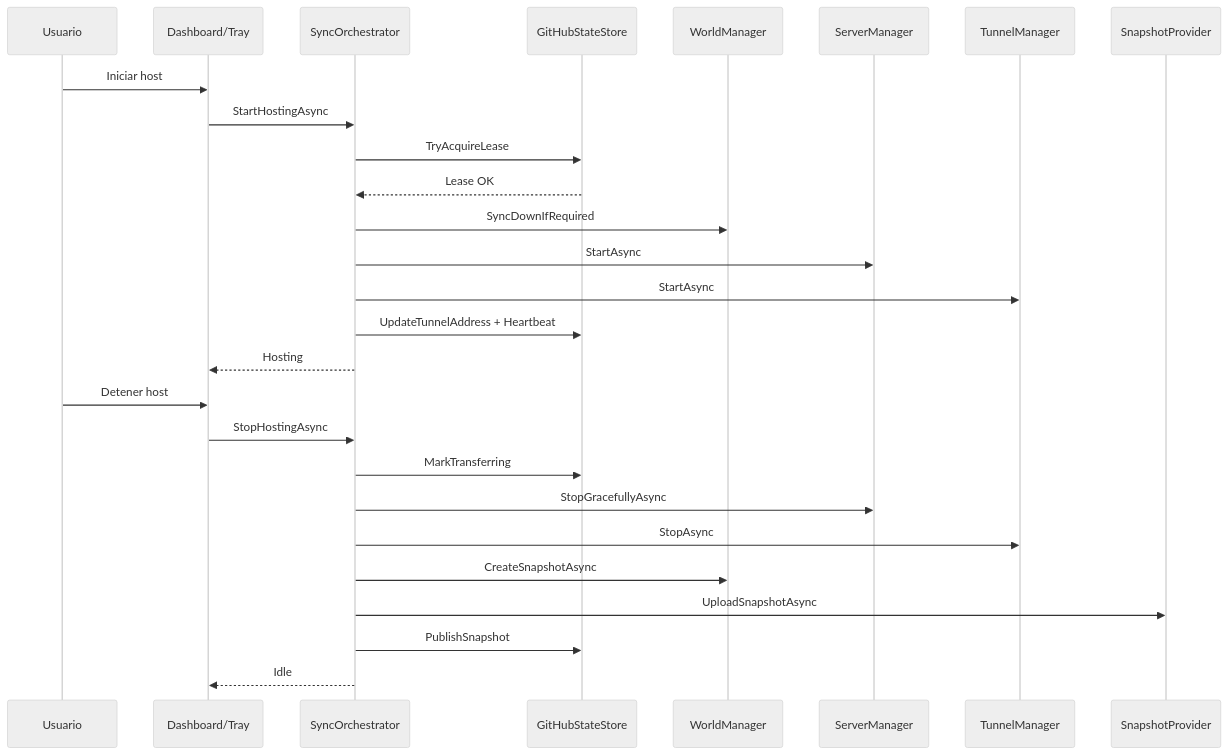
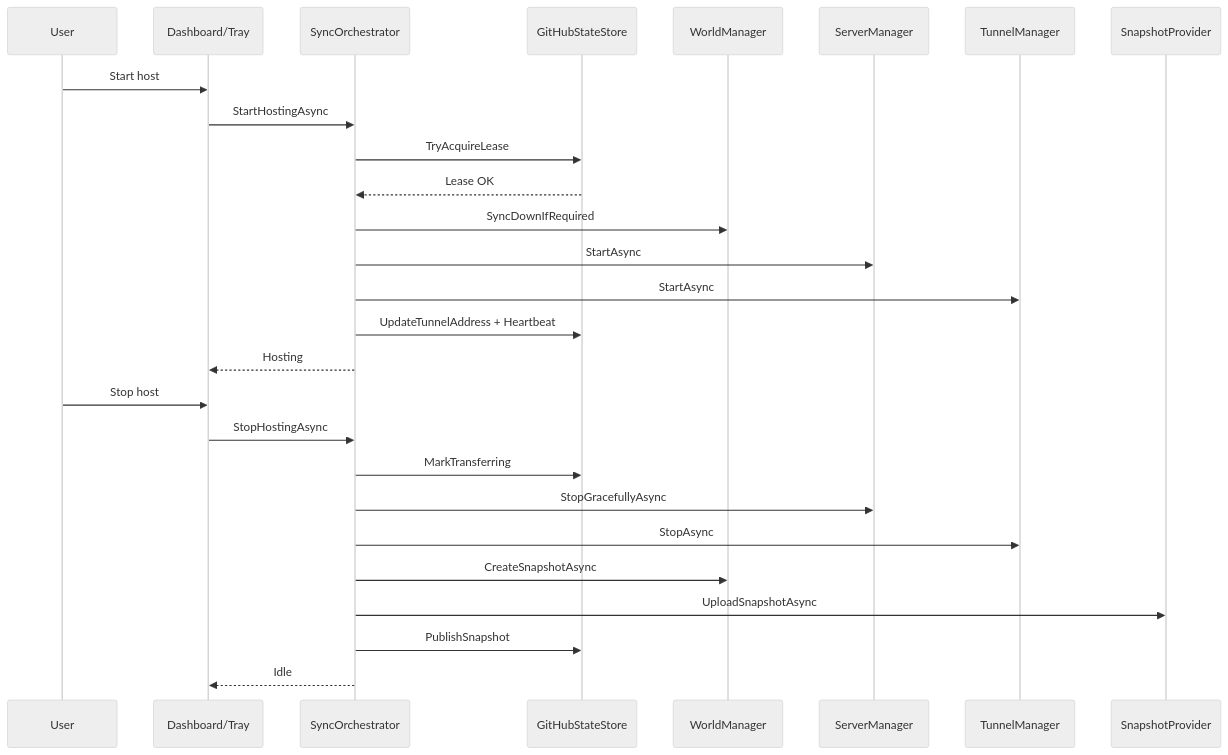
One commit to fnandoth/mcsync changed the second of 2 diagrams in README.md. Above: the diagram before and after it, drawn with Mermaid (neutral theme). The commit also changed other lines of this file and 14 other files, not shown here.

````diff
--- a/README.md
+++ b/README.md
@@ -83,31 +83,31 @@
 ```mermaid
 sequenceDiagram
-    participant U as Usuario
+    participant U as User
     participant UI as Dashboard/Tray
     participant O as SyncOrchestrator
     participant S as GitHubStateStore
     participant W as WorldManager
     participant M as ServerManager
     participant T as TunnelManager
     participant P as SnapshotProvider
 
-    U->>UI: Iniciar host
+    U->>UI: Start host
     UI->>O: StartHostingAsync
     O->>S: TryAcquireLease
     S-->>O: Lease OK
     O->>W: SyncDownIfRequired
     O->>M: StartAsync
     O->>T: StartAsync
     O->>S: UpdateTunnelAddress + Heartbeat
     O-->>UI: Hosting
 
-    U->>UI: Detener host
+    U->>UI: Stop host
     UI->>O: StopHostingAsync
     O->>S: MarkTransferring
     O->>M: StopGracefullyAsync
     O->>T: StopAsync
     O->>W: CreateSnapshotAsync
     O->>P: UploadSnapshotAsync
     O->>S: PublishSnapshot
     O-->>UI: Idle
 ```
````
